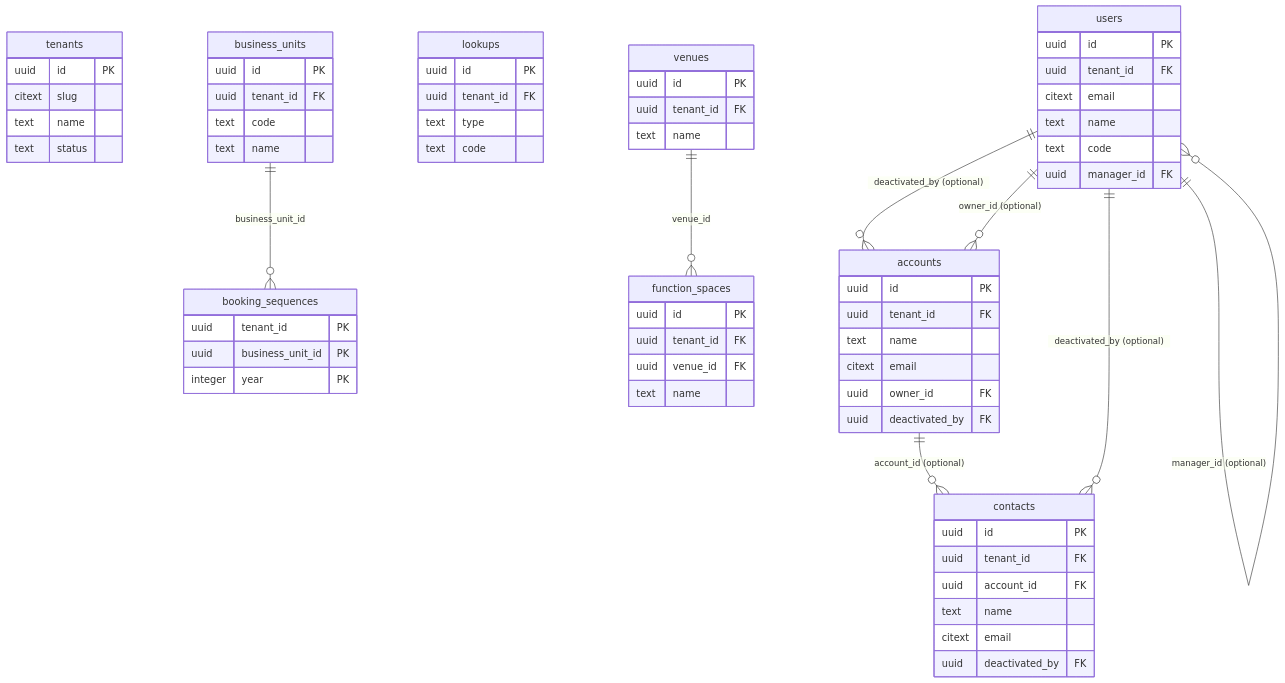
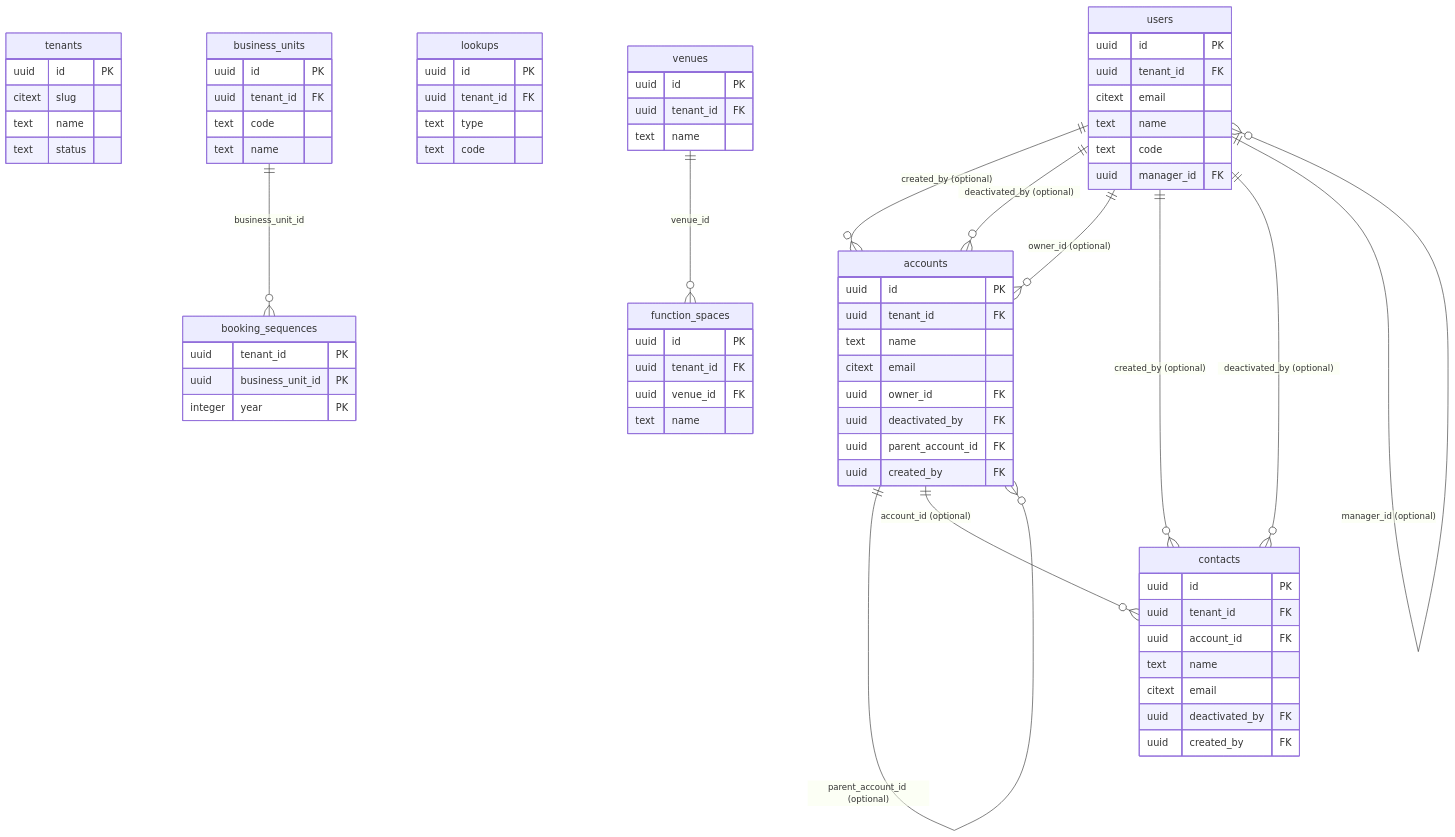
The second of 3 diagrams in docs/DATABASE.md (AlaaOpsAi/SaaSERP), drawn with Mermaid before and after one commit. The commit also changed other lines of this file and 24 other files, not shown here.

````diff
--- a/docs/DATABASE.md
+++ b/docs/DATABASE.md
@@ -78,68 +78,74 @@
 ```mermaid
 erDiagram
   tenants {
     uuid id PK
     citext slug
     text name
     text status
   }
   business_units {
     uuid id PK
     uuid tenant_id FK
     text code
     text name
   }
   booking_sequences {
     uuid tenant_id PK
     uuid business_unit_id PK
     integer year PK
   }
   lookups {
     uuid id PK
     uuid tenant_id FK
     text type
     text code
   }
   venues {
     uuid id PK
     uuid tenant_id FK
     text name
   }
   function_spaces {
     uuid id PK
     uuid tenant_id FK
     uuid venue_id FK
     text name
   }
   accounts {
     uuid id PK
     uuid tenant_id FK
     text name
     citext email
     uuid owner_id FK
     uuid deactivated_by FK
+    uuid parent_account_id FK
+    uuid created_by FK
   }
   contacts {
     uuid id PK
     uuid tenant_id FK
     uuid account_id FK
     text name
     citext email
     uuid deactivated_by FK
+    uuid created_by FK
   }
   users {
     uuid id PK
     uuid tenant_id FK
     citext email
     text name
     text code
     uuid manager_id FK
   }
+  users ||--o{ accounts : "created_by (optional)"
   users ||--o{ accounts : "deactivated_by (optional)"
   users ||--o{ accounts : "owner_id (optional)"
+  accounts ||--o{ accounts : "parent_account_id (optional)"
   business_units ||--o{ booking_sequences : "business_unit_id"
   accounts ||--o{ contacts : "account_id (optional)"
+  users ||--o{ contacts : "created_by (optional)"
   users ||--o{ contacts : "deactivated_by (optional)"
   venues ||--o{ function_spaces : "venue_id"
   users ||--o{ users : "manager_id (optional)"
 ```
````
